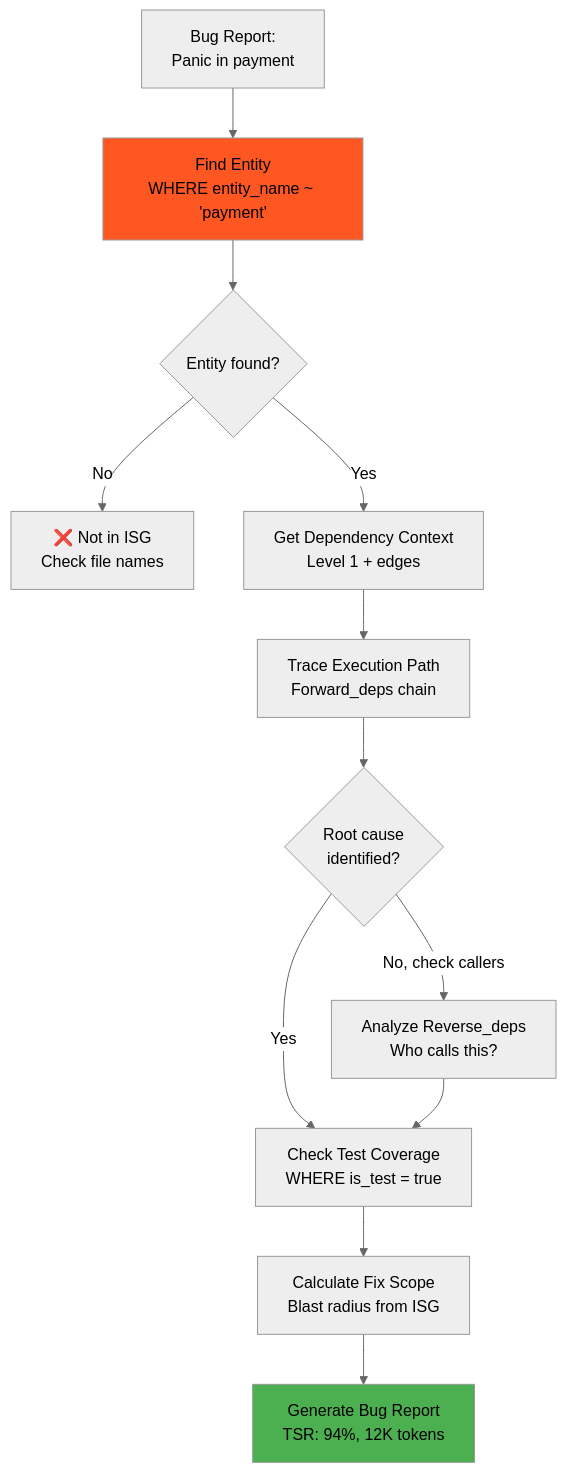
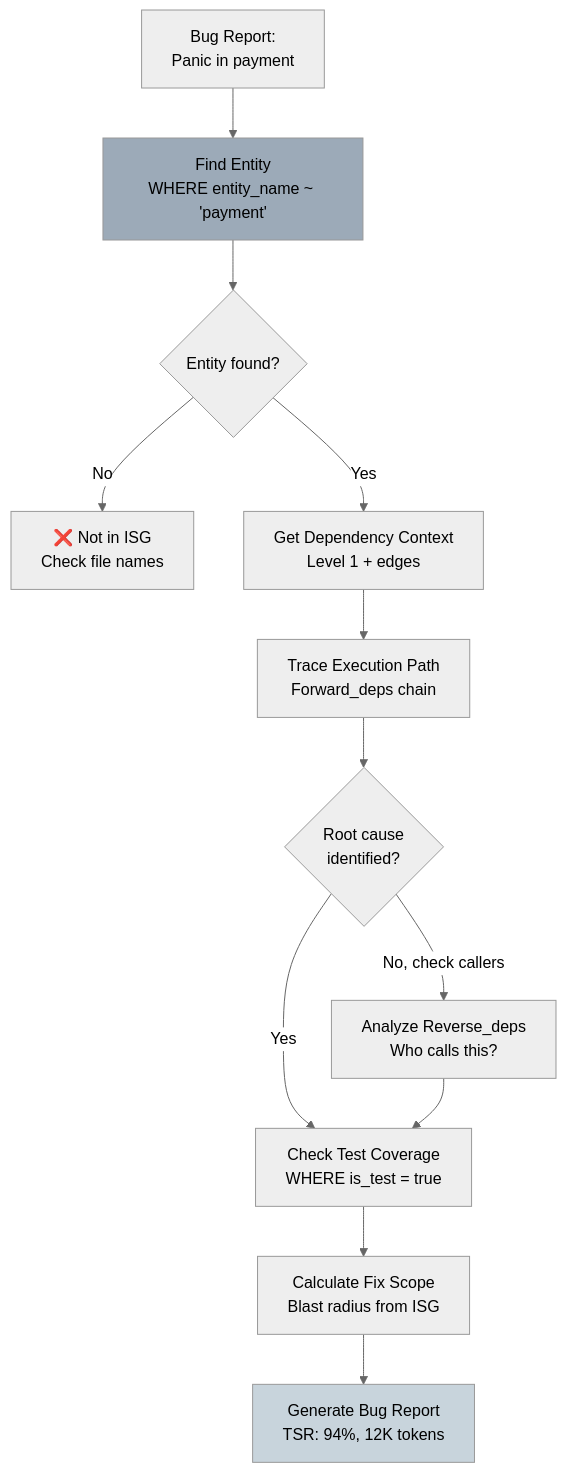
The fifth of 8 diagrams in .claude/parseltongue-ultrathink.md (that-in-rust/parseltongue), drawn with Mermaid (neutral theme) before and after one commit. The commit also changed other lines of this file, not shown here.

First line of the commit message:
style(ultrathink): Replace bright mermaid colors with soothing blue-gray palette

````diff
--- a/.claude/parseltongue-ultrathink.md
+++ b/.claude/parseltongue-ultrathink.md
@@ -367,17 +367,17 @@
   ```mermaid
   flowchart TD
       A[Bug Report:<br/>Panic in payment] --> B[Find Entity<br/>WHERE entity_name ~ 'payment']
       B --> C{Entity found?}
       C -->|No| FAIL[❌ Not in ISG<br/>Check file names]
       C -->|Yes| D[Get Dependency Context<br/>Level 1 + edges]
       D --> E[Trace Execution Path<br/>Forward_deps chain]
       E --> F{Root cause<br/>identified?}
       F -->|No, check callers| G[Analyze Reverse_deps<br/>Who calls this?]
       F -->|Yes| H[Check Test Coverage<br/>WHERE is_test = true]
       G --> H
       H --> I[Calculate Fix Scope<br/>Blast radius from ISG]
       I --> J[Generate Bug Report<br/>TSR: 94%, 12K tokens]
 
-      style B fill:#FF5722
-      style J fill:#4CAF50
+      style B fill:#9CAAB8
+      style J fill:#C8D4DC
   ```
````
